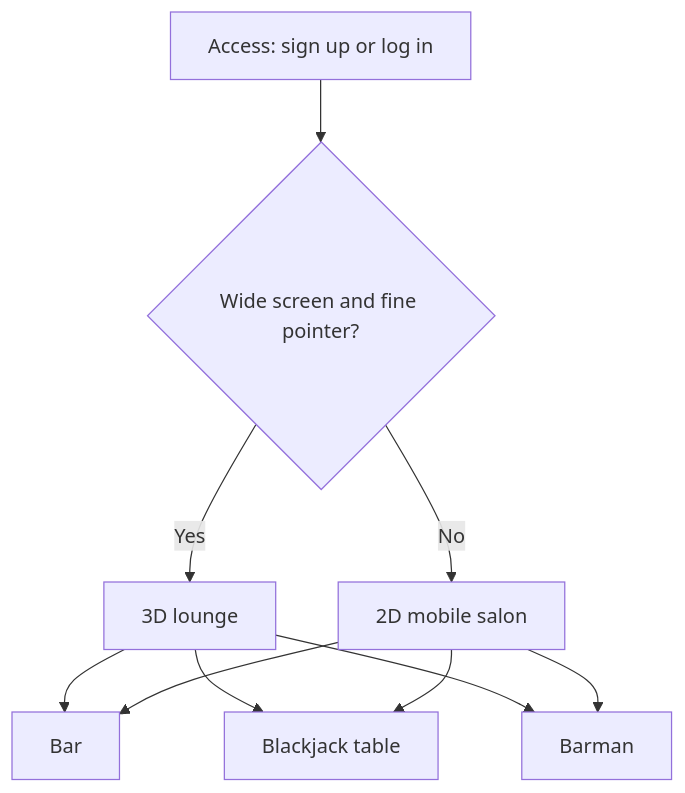
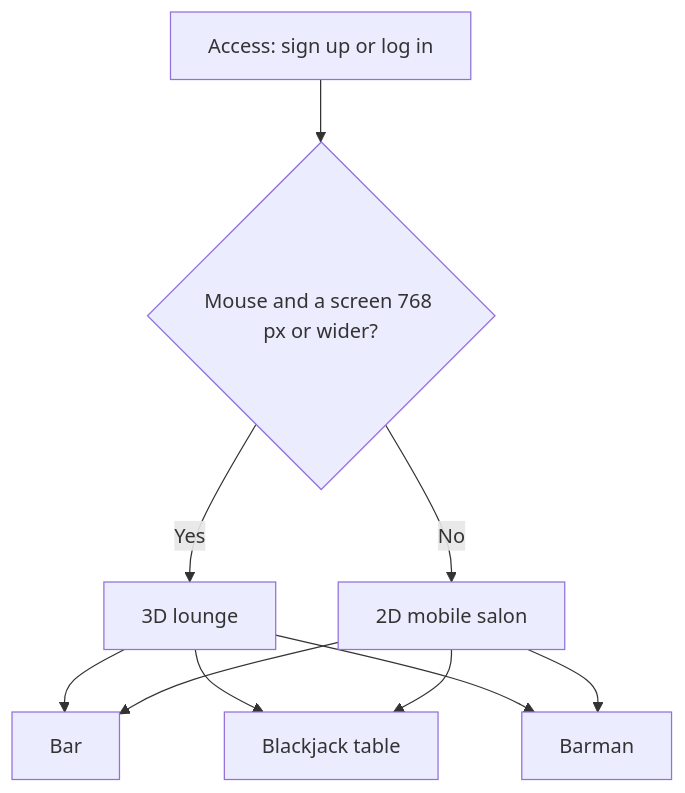
The diagram in README.en.md (iulian640/iulianlounge-frontend), drawn with Mermaid before and after one commit. The commit also changed other lines of this file and 1 other file, not shown here.

Commit message:
docs(readme): plain wording for how the app picks the 3D or the mobile version IUL-33

````diff
--- a/README.en.md
+++ b/README.en.md
@@ -149,12 +149,12 @@
 ```mermaid
 flowchart TD
-    A[Access: sign up or log in] --> B{Wide screen and fine pointer?}
+    A[Access: sign up or log in] --> B{Mouse and a screen 768 px or wider?}
     B -- Yes --> C[3D lounge]
     B -- No --> D[2D mobile salon]
     C --> E[Bar]
     C --> F[Blackjack table]
     C --> G[Barman]
     D --> E
     D --> F
     D --> G
 ```
````
